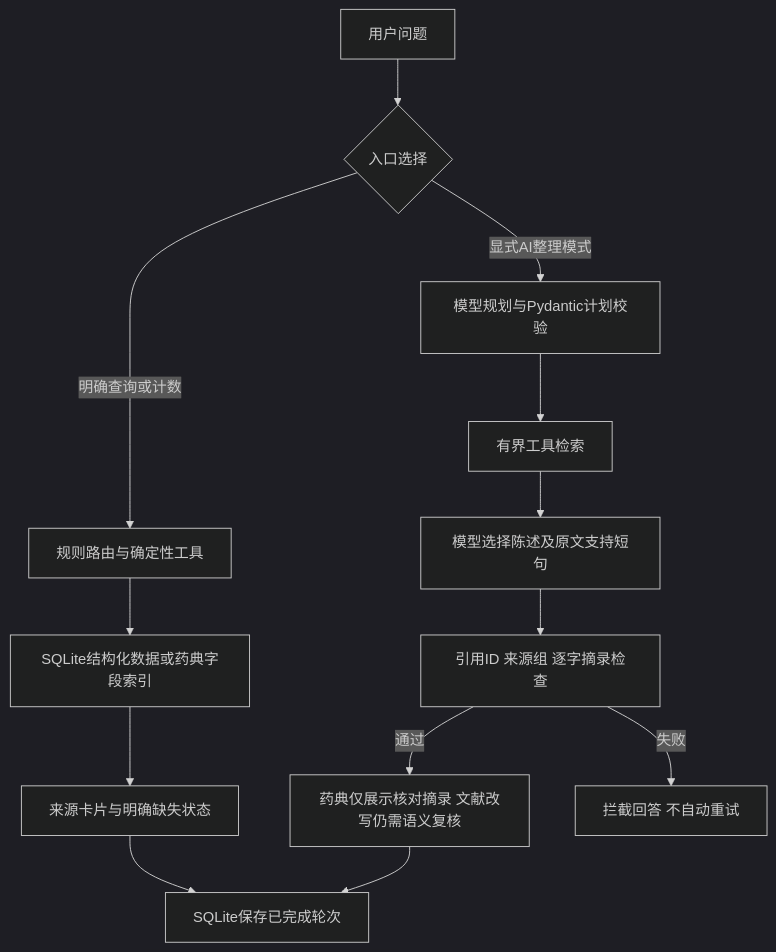
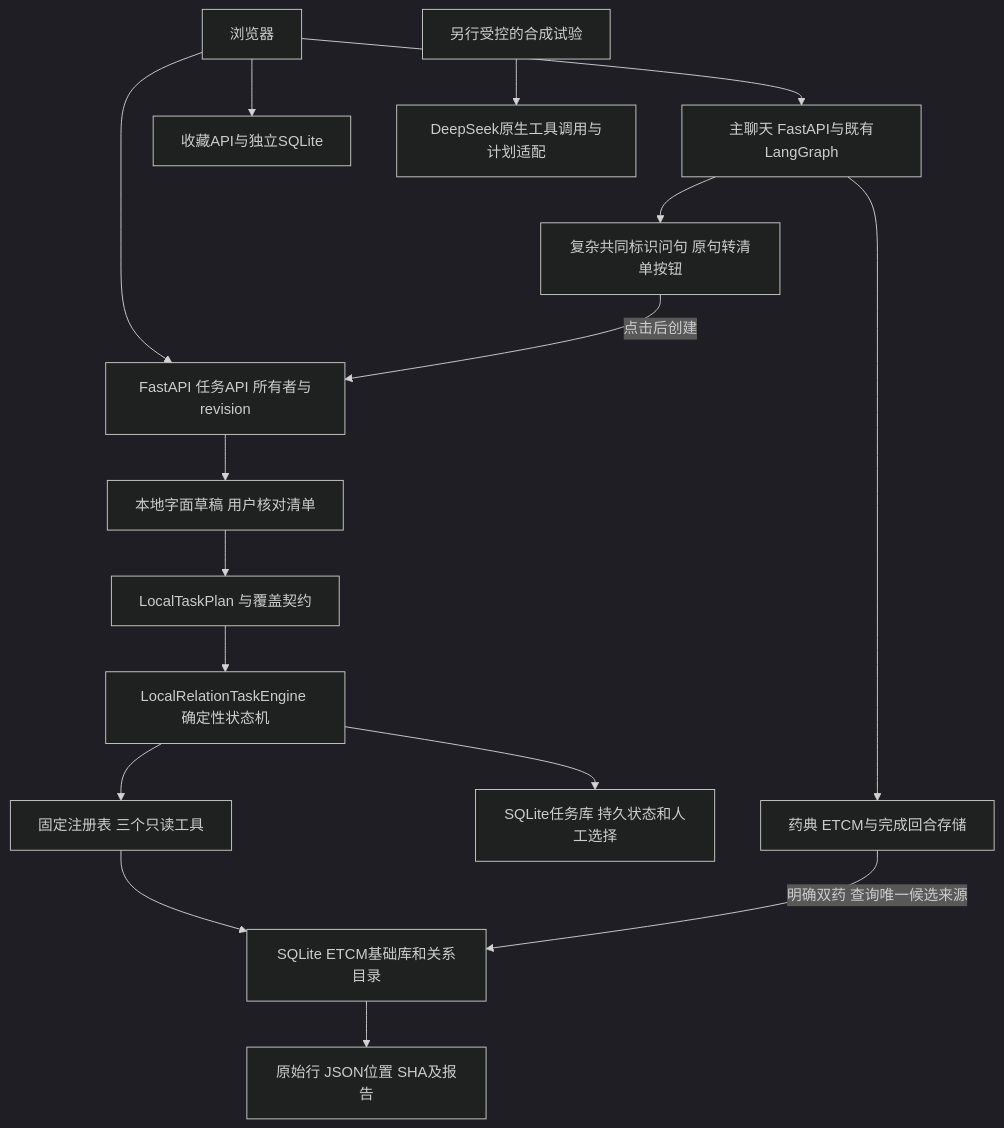
One commit to konoluluxiuda/tcm-multi-agent-assistant changed the diagram in docs/PROJECT_DEMO.md. Above: the diagram before and after it, drawn with Mermaid (dark theme). The commit also changed other lines of this file and 59 other files, not shown here.

````diff
--- a/docs/PROJECT_DEMO.md
+++ b/docs/PROJECT_DEMO.md
@@ -103,15 +74,18 @@
 ```mermaid
 flowchart TD
-    U[用户问题] --> R{入口选择}
-    R -->|明确查询或计数| D[规则路由与确定性工具]
-    D --> DB[SQLite结构化数据或药典字段索引]
-    DB --> C[来源卡片与明确缺失状态]
-    R -->|显式AI整理模式| P[模型规划与Pydantic计划校验]
-    P --> T[有界工具检索]
-    T --> G[模型选择陈述及原文支持短句]
-    G --> V[引用ID 来源组 逐字摘录检查]
-    V -->|通过| Q[药典仅展示核对摘录 文献改写仍需语义复核]
-    V -->|失败| F[拦截回答 不自动重试]
-    C --> M[SQLite保存已完成轮次]
-    Q --> M
+    U[浏览器] --> API[FastAPI 任务API 所有者与revision]
+    API --> R[本地字面草稿 用户核对清单]
+    R --> P[LocalTaskPlan 与覆盖契约]
+    P --> E[LocalRelationTaskEngine 确定性状态机]
+    E --> T[固定注册表 三个只读工具]
+    T --> DB[SQLite ETCM基础库和关系目录]
+    E --> S[SQLite任务库 持久状态和人工选择]
+    DB --> O[原始行 JSON位置 SHA及报告]
+    U --> CHAT[主聊天 FastAPI与既有LangGraph]
+    CHAT --> TOOLS[药典 ETCM与完成回合存储]
+    TOOLS -->|明确双药 查询唯一候选来源| DB
+    CHAT --> H[复杂共同标识问句 原句转清单按钮]
+    H -->|点击后创建| API
+    U --> BK[收藏API与独立SQLite]
+    N[另行受控的合成试验] --> LLM[DeepSeek原生工具调用与计划适配]
 ```
````
